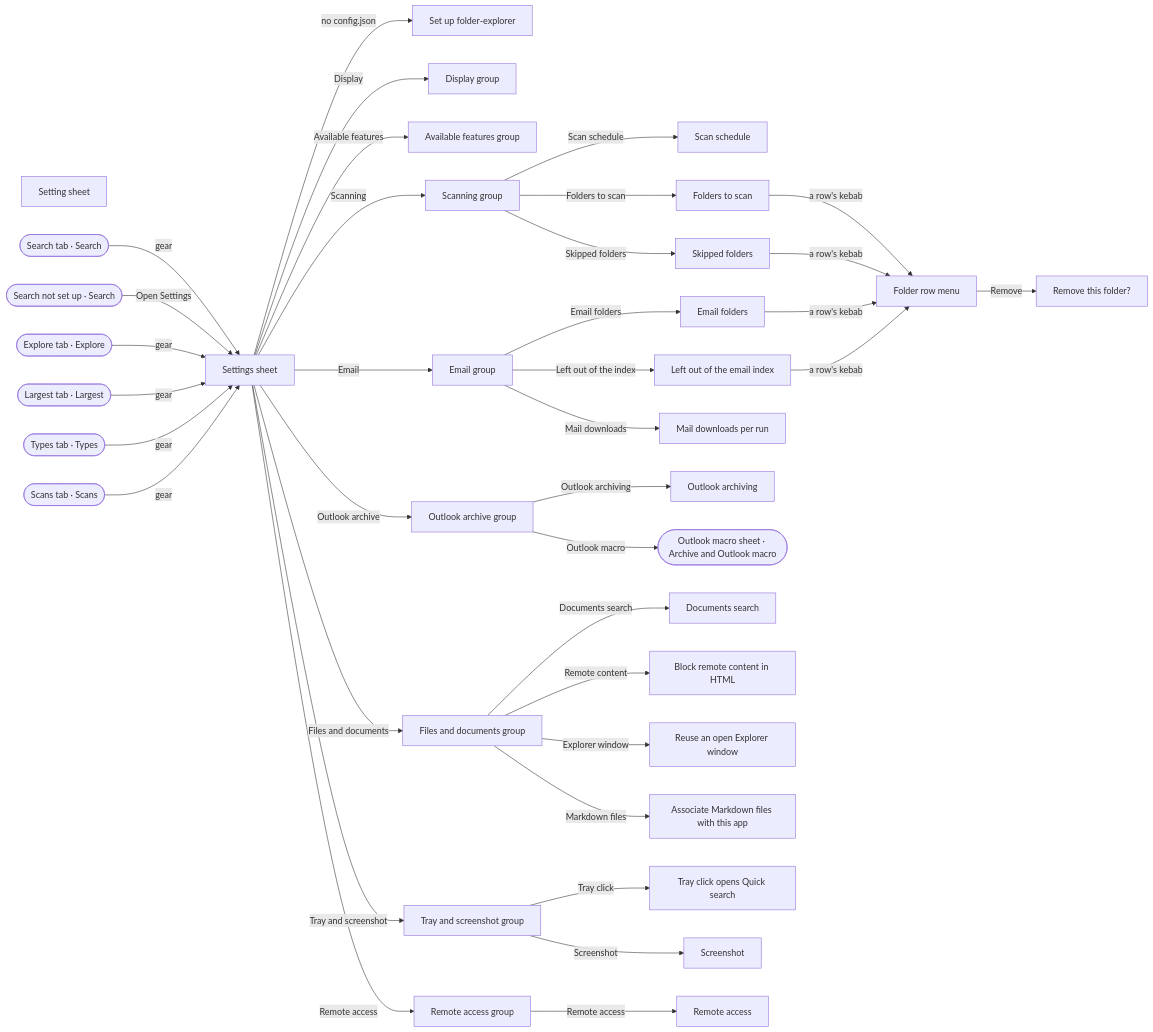
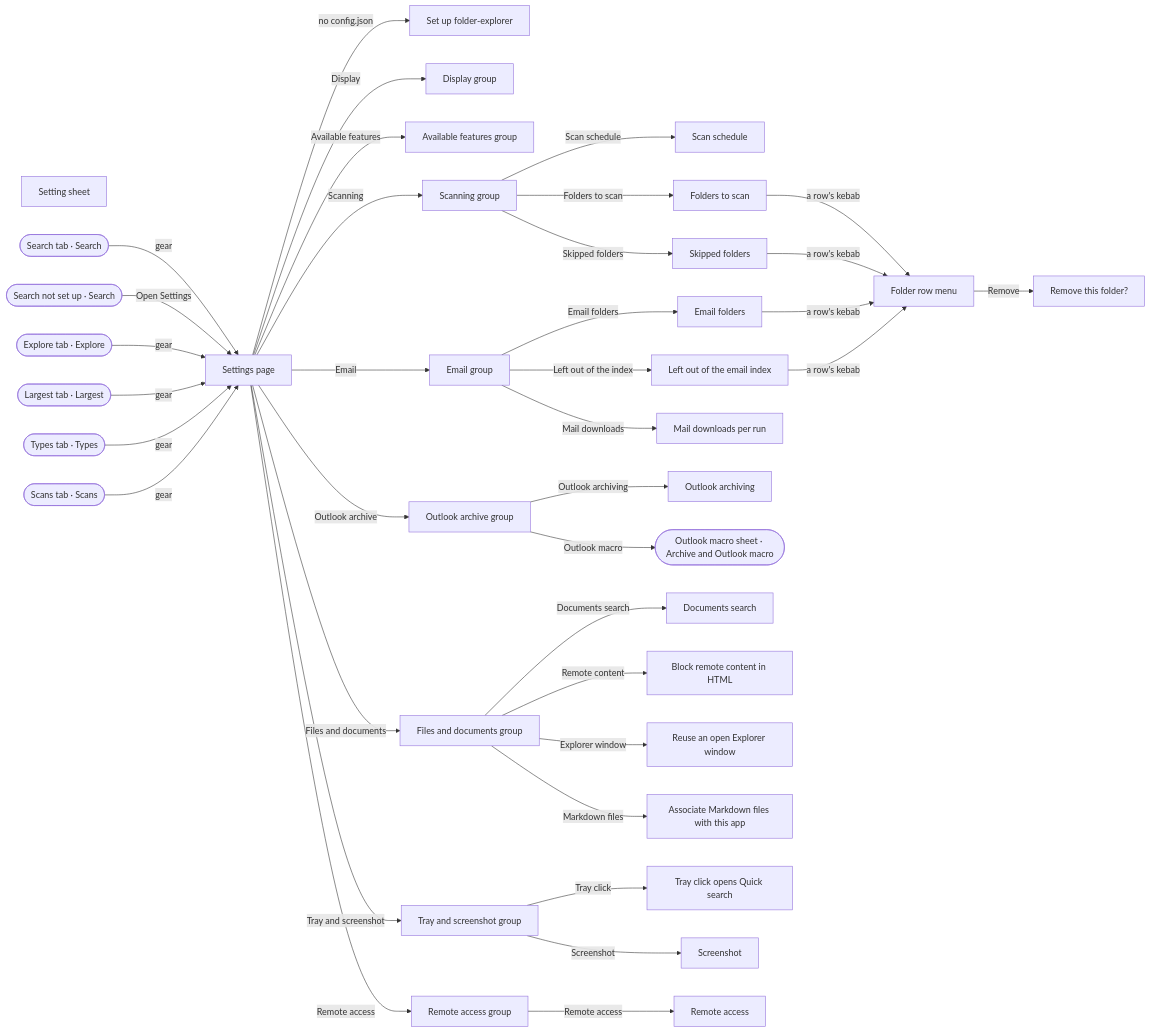
Before and after one commit to ferraroroberto/folder-explorer: the ninth of 10 diagrams in docs/ux-surface-map.md, drawn with Mermaid. The commit also changed other lines of this file and 11 other files, not shown here.

````diff
--- a/docs/ux-surface-map.md
+++ b/docs/ux-surface-map.md
@@ -929,72 +929,72 @@
 ```mermaid
 flowchart LR
-  s43["Settings sheet"]
+  s43["Settings page"]
   s44["Set up folder-explorer"]
   s45["Display group"]
   s46["Available features group"]
   s47["Scanning group"]
   s48["Email group"]
   s49["Outlook archive group"]
   s50["Files and documents group"]
   s51["Tray and screenshot group"]
   s52["Remote access group"]
   s53["Setting sheet"]
   s54["Scan schedule"]
   s55["Folders to scan"]
   s56["Skipped folders"]
   s57["Email folders"]
   s58["Left out of the email index"]
   s59["Mail downloads per run"]
   s60["Outlook archiving"]
   s61["Documents search"]
   s62["Block remote content in HTML"]
   s63["Reuse an open Explorer window"]
   s64["Associate Markdown files with this app"]
   s65["Tray click opens Quick search"]
   s66["Screenshot"]
   s67["Remote access"]
   s68["Folder row menu"]
   s69["Remove this folder?"]
   s8(["Search tab · Search"])
   s9(["Search not set up · Search"])
   s15(["Explore tab · Explore"])
   s21(["Largest tab · Largest"])
   s24(["Types tab · Types"])
   s26(["Scans tab · Scans"])
   s42(["Outlook macro sheet · Archive and Outlook macro"])
   s8 -->|"gear"| s43
   s9 -->|"Open Settings"| s43
   s15 -->|"gear"| s43
   s21 -->|"gear"| s43
   s24 -->|"gear"| s43
   s26 -->|"gear"| s43
   s43 -->|"no config.json"| s44
   s43 -->|"Display"| s45
   s43 -->|"Available features"| s46
   s43 -->|"Scanning"| s47
   s43 -->|"Email"| s48
   s43 -->|"Outlook archive"| s49
   s43 -->|"Files and documents"| s50
   s43 -->|"Tray and screenshot"| s51
   s43 -->|"Remote access"| s52
   s47 -->|"Scan schedule"| s54
   s47 -->|"Folders to scan"| s55
   s47 -->|"Skipped folders"| s56
   s48 -->|"Email folders"| s57
   s48 -->|"Left out of the index"| s58
   s48 -->|"Mail downloads"| s59
   s49 -->|"Outlook archiving"| s60
   s49 -->|"Outlook macro"| s42
   s50 -->|"Documents search"| s61
   s50 -->|"Remote content"| s62
   s50 -->|"Explorer window"| s63
   s50 -->|"Markdown files"| s64
   s51 -->|"Tray click"| s65
   s51 -->|"Screenshot"| s66
   s52 -->|"Remote access"| s67
   s55 -->|"a row's kebab"| s68
   s56 -->|"a row's kebab"| s68
   s57 -->|"a row's kebab"| s68
   s58 -->|"a row's kebab"| s68
   s68 -->|"Remove"| s69
 ```
````
